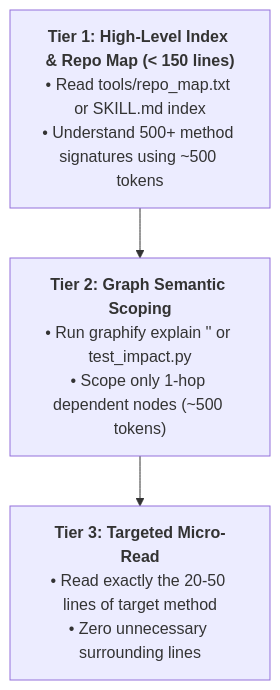
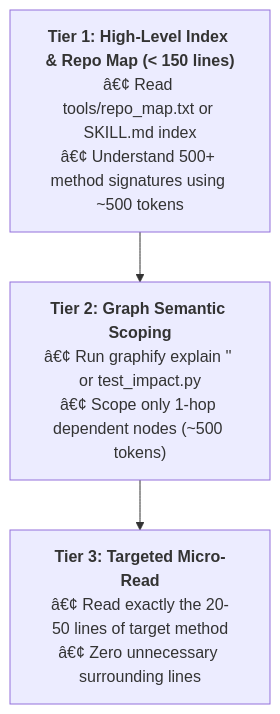
One commit to TeeVee98/Synapse-Hub changed the diagram in .agents/rules/context-engineering.md. Above: the diagram before and after it, drawn with Mermaid. The commit also changed 25 other files, not shown here.

Commit message:
feat(hub): elevate to 10/10 Enterprise QA Hub - generalize tools/rules, enrich thin skills, resolve overlaps, add bootstrap installers, and implement semantic versioning v2.0.0

````diff
--- a/.agents/rules/context-engineering.md
+++ b/.agents/rules/context-engineering.md
@@ -36,8 +36,8 @@
 ```mermaid
 flowchart TD
-    Tier1["<b>Tier 1: High-Level Index & Repo Map (< 150 lines)</b><br/>• Read tools/repo_map.txt or SKILL.md index<br/>• Understand 500+ method signatures using ~500 tokens"]
-    Tier2["<b>Tier 2: Graph Semantic Scoping</b><br/>• Run graphify explain '<Class>' or test_impact.py<br/>• Scope only 1-hop dependent nodes (~500 tokens)"]
-    Tier3["<b>Tier 3: Targeted Micro-Read</b><br/>• Read exactly the 20-50 lines of target method<br/>• Zero unnecessary surrounding lines"]
+    Tier1["<b>Tier 1: High-Level Index & Repo Map (< 150 lines)</b><br/>â€¢ Read tools/repo_map.txt or SKILL.md index<br/>â€¢ Understand 500+ method signatures using ~500 tokens"]
+    Tier2["<b>Tier 2: Graph Semantic Scoping</b><br/>â€¢ Run graphify explain '<Class>' or test_impact.py<br/>â€¢ Scope only 1-hop dependent nodes (~500 tokens)"]
+    Tier3["<b>Tier 3: Targeted Micro-Read</b><br/>â€¢ Read exactly the 20-50 lines of target method<br/>â€¢ Zero unnecessary surrounding lines"]
 
     Tier1 --> Tier2 --> Tier3
 ```
````
